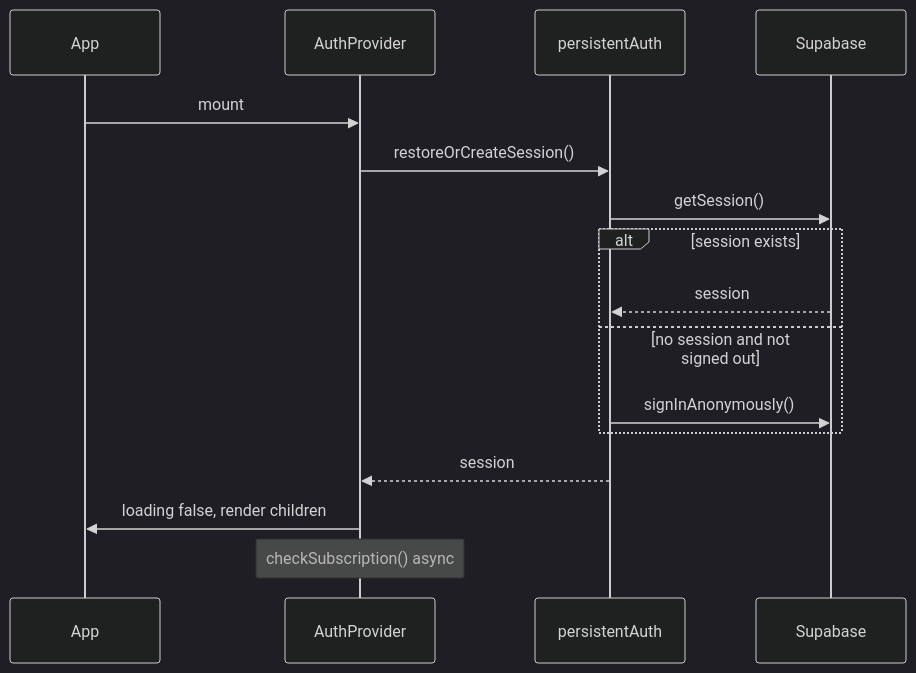
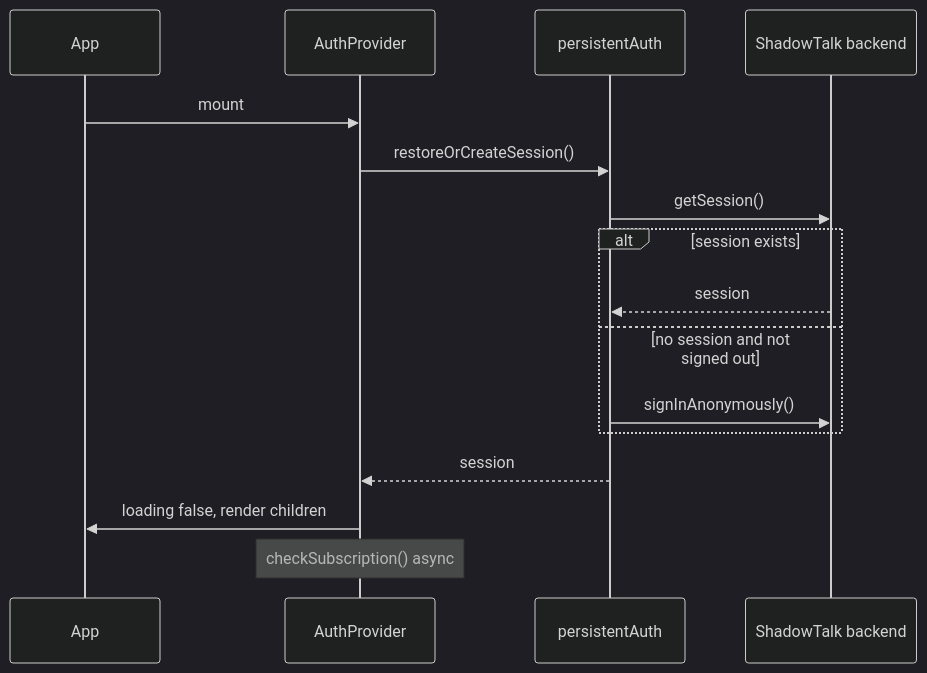
One commit to u722365-lgtm/project-hello changed the diagram in Detailed Documentation/10-ux-auth-and-navigation.md. Above: the diagram before and after it, drawn with Mermaid (dark theme). The commit also changed other lines of this file and 17 other files, not shown here.

````diff
--- a/Detailed Documentation/10-ux-auth-and-navigation.md
+++ b/Detailed Documentation/10-ux-auth-and-navigation.md
@@ -49,19 +49,19 @@
 ```mermaid
 sequenceDiagram
   participant App
   participant Auth as AuthProvider
   participant PA as persistentAuth
-  participant SB as Supabase
+  participant SB as ShadowTalk backend
 
   App->>Auth: mount
   Auth->>PA: restoreOrCreateSession()
   PA->>SB: getSession()
   alt session exists
     SB-->>PA: session
   else no session and not signed out
     PA->>SB: signInAnonymously()
   end
   PA-->>Auth: session
   Auth->>App: loading false, render children
   Note over Auth: checkSubscription() async
 ```
````
